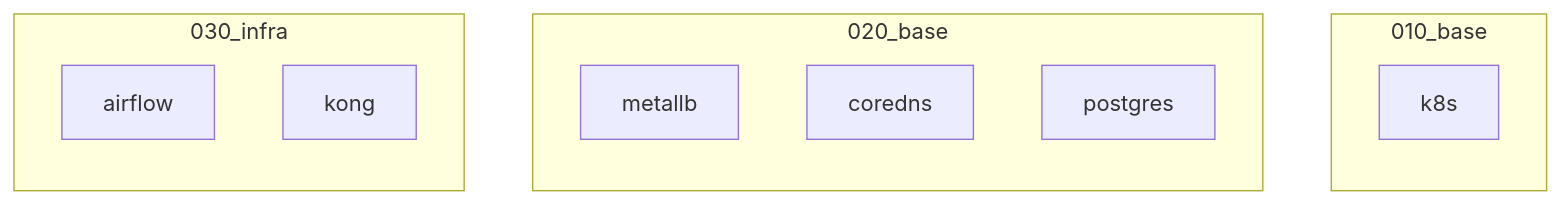
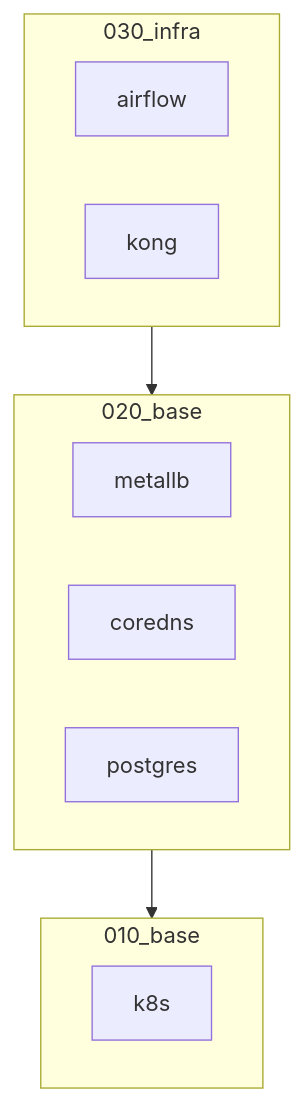
One commit to p11o/open-infra changed the diagram in README.md. Above: the diagram before and after it, drawn with Mermaid.

````diff
--- a/README.md
+++ b/README.md
@@ -22,17 +22,20 @@
 ```mermaid
-flowchart BT
+flowchart TD
     subgraph 010_base
         k8s
     end
 
     subgraph 020_base
         metallb
         coredns
         postgres
     end
 
     subgraph 030_infra
         airflow
         kong
     end
+
+    030_infra --> 020_base
+    020_base --> 010_base
 ```
````
